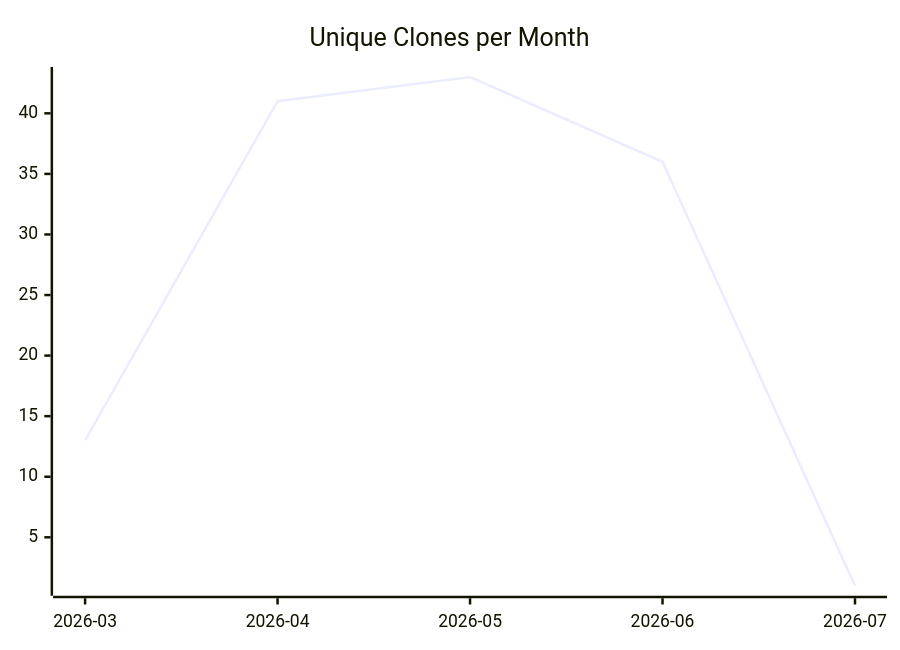
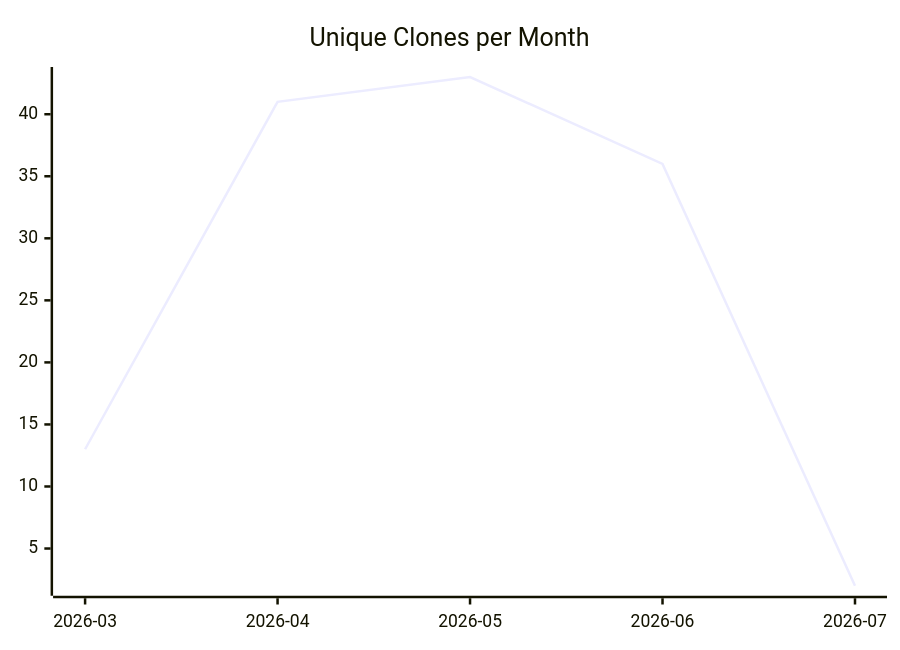
Before and after one commit to justdavis-family/github-analytics-data: the third of 3 diagrams in karlmdavis/usgs-water-api-java/README.md, drawn with Mermaid. The commit also changed other lines of this file and 198 other files, not shown here.

````diff
--- a/karlmdavis/usgs-water-api-java/README.md
+++ b/karlmdavis/usgs-water-api-java/README.md
@@ -19,6 +19,6 @@
 ```mermaid
 xychart-beta
   title "Unique Clones per Month"
   x-axis ["2026-03", "2026-04", "2026-05", "2026-06", "2026-07"]
-  line [13, 41, 43, 36, 1]
+  line [13, 41, 43, 36, 2]
 ```
````
